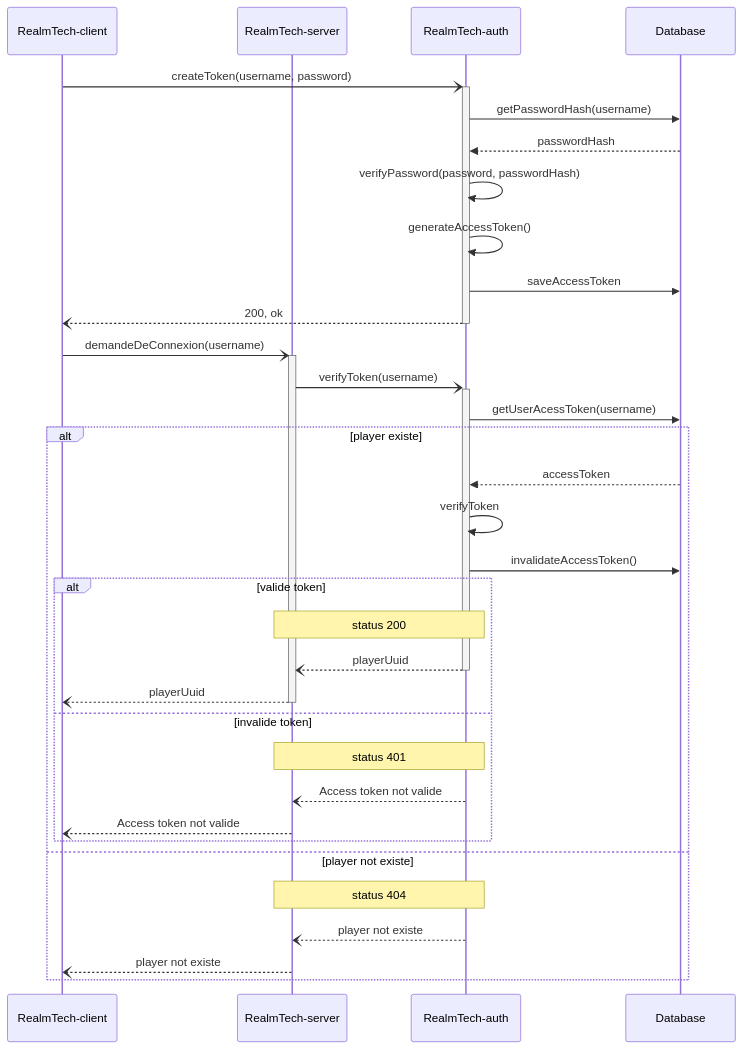
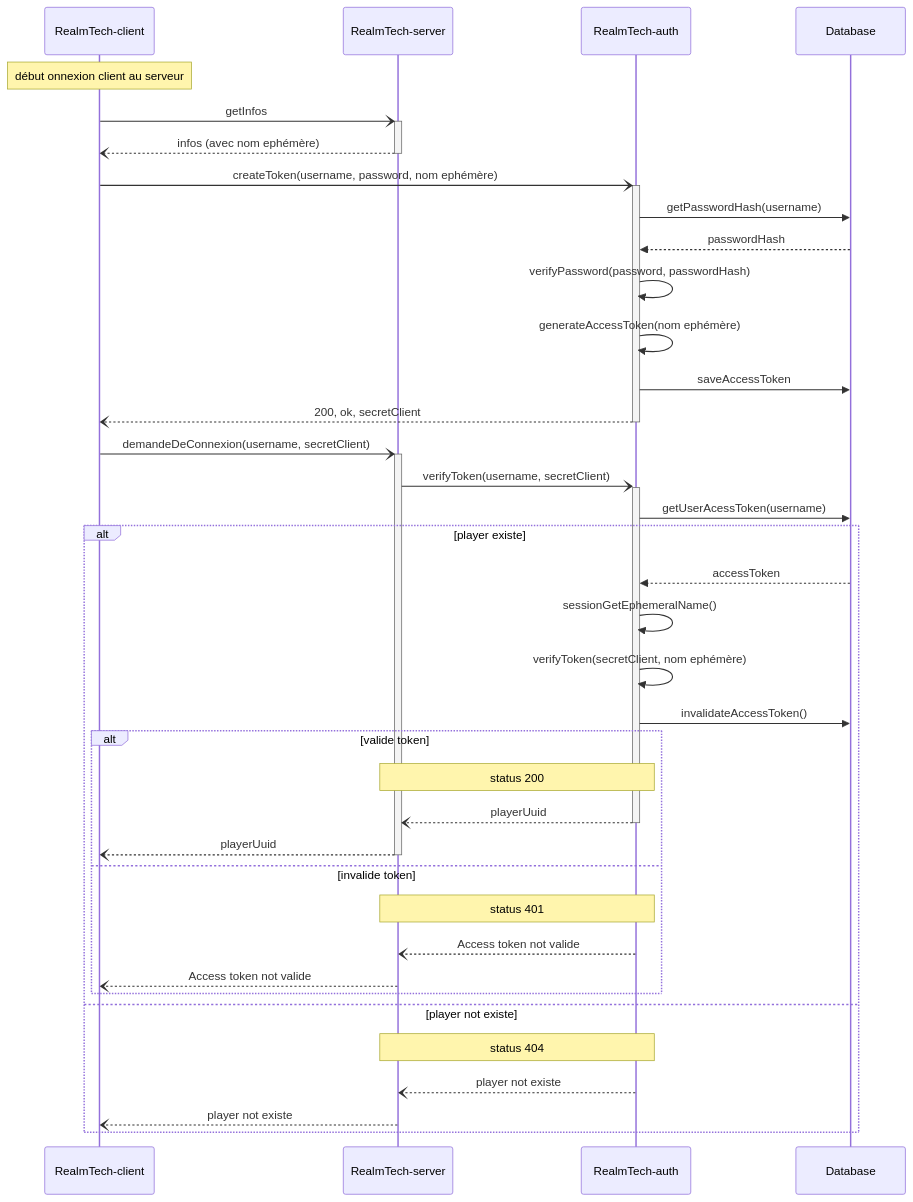
One commit to FabienChatton/RealmTech-auth changed the first of 2 diagrams in readme.md. Above: the diagram before and after it, drawn with Mermaid. The commit also changed other lines of this file and 3 other files, not shown here.

Commit message:
début token v2

````diff
--- a/readme.md
+++ b/readme.md
@@ -27,36 +39,41 @@
 ```mermaid
 sequenceDiagram
     participant RealmTech-client
     participant RealmTech-server
     participant RealmTech-auth
     participant Database
 
-    RealmTech-client -)+ RealmTech-auth:  createToken(username, password)
+    note over RealmTech-client: début onnexion client au serveur
+    RealmTech-client -)+ RealmTech-server: getInfos
+    RealmTech-server --)- RealmTech-client: infos (avec nom ephémère)
+
+    RealmTech-client -)+ RealmTech-auth: createToken(username, password, nom ephémère)
     RealmTech-auth ->> Database: getPasswordHash(username)
     Database -->> RealmTech-auth: passwordHash
     RealmTech-auth ->> RealmTech-auth: verifyPassword(password, passwordHash)
-    RealmTech-auth ->> RealmTech-auth: generateAccessToken()
+    RealmTech-auth ->> RealmTech-auth: generateAccessToken(nom ephémère)
     RealmTech-auth ->> Database: saveAccessToken
-    RealmTech-auth --)- RealmTech-client: 200, ok
-    RealmTech-client -)+ RealmTech-server: demandeDeConnexion(username)
-    RealmTech-server -)+ RealmTech-auth: verifyToken(username)
+    RealmTech-auth --)- RealmTech-client: 200, ok, secretClient
+    RealmTech-client -)+ RealmTech-server: demandeDeConnexion(username, secretClient)
+    RealmTech-server -)+ RealmTech-auth: verifyToken(username, secretClient)
     RealmTech-auth ->> Database: getUserAcessToken(username)
         alt player existe
         Database -->> RealmTech-auth: accessToken
-        RealmTech-auth ->> RealmTech-auth: verifyToken
+        RealmTech-auth ->> RealmTech-auth: sessionGetEphemeralName()
+        RealmTech-auth ->> RealmTech-auth: verifyToken(secretClient, nom ephémère)
         RealmTech-auth ->> Database: invalidateAccessToken()
         alt valide token
             note over RealmTech-auth, RealmTech-server: status 200
             RealmTech-auth --)- RealmTech-server: playerUuid
             RealmTech-server --)- RealmTech-client: playerUuid
         else invalide token
             note over RealmTech-auth, RealmTech-server: status 401
             RealmTech-auth --) RealmTech-server: Access token not valide
             RealmTech-server --) RealmTech-client: Access token not valide
         end
     else player not existe
         note over RealmTech-auth, RealmTech-server: status 404
             RealmTech-auth --) RealmTech-server: player not existe
         RealmTech-server --) RealmTech-client: player not existe
     end
 ```
````
